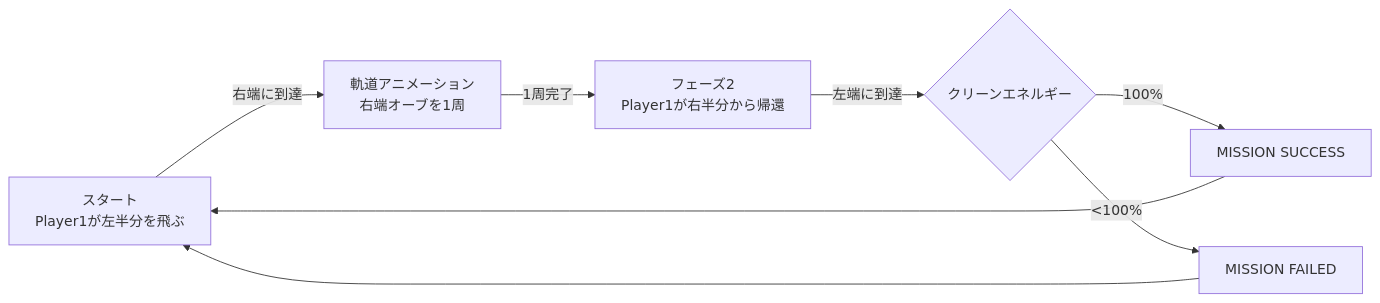
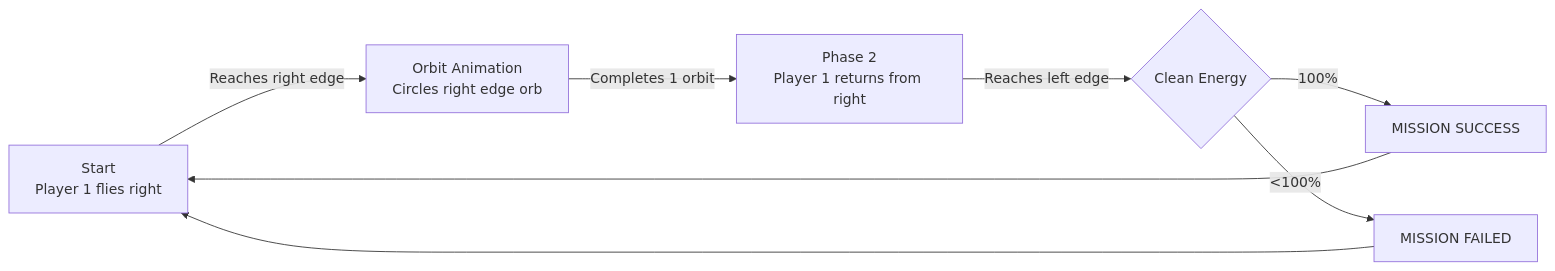
The diagram in README.md (Ko0808/p5Projection), drawn with Mermaid before and after one commit. The commit also changed other lines of this file, not shown here.

````diff
--- a/README.md
+++ b/README.md
@@ -124,10 +124,10 @@
 ```mermaid
 graph LR
-    A[スタート\nPlayer1が左半分を飛ぶ] -->|右端に到達| B[軌道アニメーション\n右端オーブを1周]
-    B -->|1周完了| C[フェーズ2\nPlayer1が右半分から帰還]
-    C -->|左端に到達| D{クリーンエネルギー}
+    A[Start\nPlayer 1 flies right] -->|Reaches right edge| B[Orbit Animation\nCircles right edge orb]
+    B -->|Completes 1 orbit| C[Phase 2\nPlayer 1 returns from right]
+    C -->|Reaches left edge| D{Clean Energy}
     D -->|100%| E[MISSION SUCCESS]
     D -->|<100%| F[MISSION FAILED]
     F --> A
     E --> A
 ```
````
